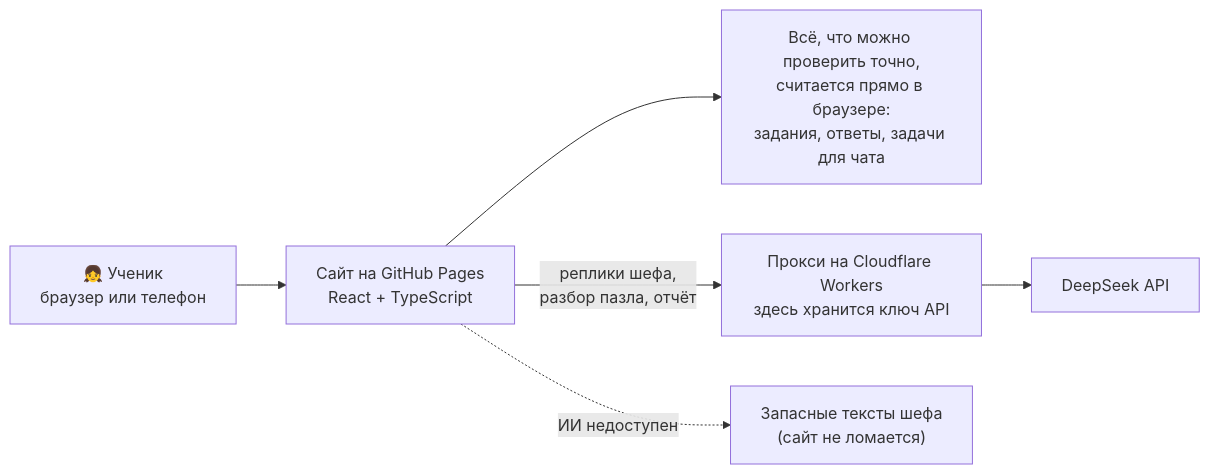
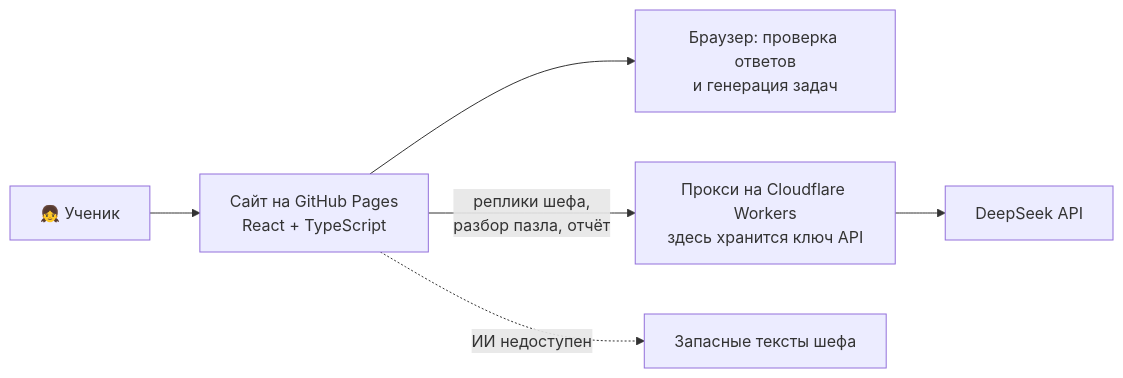
The second of 2 diagrams in README.md (inversion322/fraction-pizzeria), drawn with Mermaid before and after one commit. The commit also changed other lines of this file, not shown here.

Commit message:
README: make the diagrams readable at GitHub width

````diff
--- a/README.md
+++ b/README.md
@@ -70,8 +70,8 @@
 ```mermaid
 flowchart LR
-    U["👧 Ученик<br/>браузер или телефон"] --> S["Сайт на GitHub Pages<br/>React + TypeScript"]
-    S --> L["Всё, что можно проверить точно,<br/>считается прямо в браузере:<br/>задания, ответы, задачи для чата"]
+    U["👧 Ученик"] --> S["Сайт на GitHub Pages<br/>React + TypeScript"]
+    S --> L["Браузер: проверка ответов<br/>и генерация задач"]
     S -- "реплики шефа,<br/>разбор пазла, отчёт" --> W["Прокси на Cloudflare Workers<br/>здесь хранится ключ API"]
     W --> D["DeepSeek API"]
-    S -. "ИИ недоступен" .-> F["Запасные тексты шефа<br/>(сайт не ломается)"]
+    S -. "ИИ недоступен" .-> F["Запасные тексты шефа"]
 ```
````
